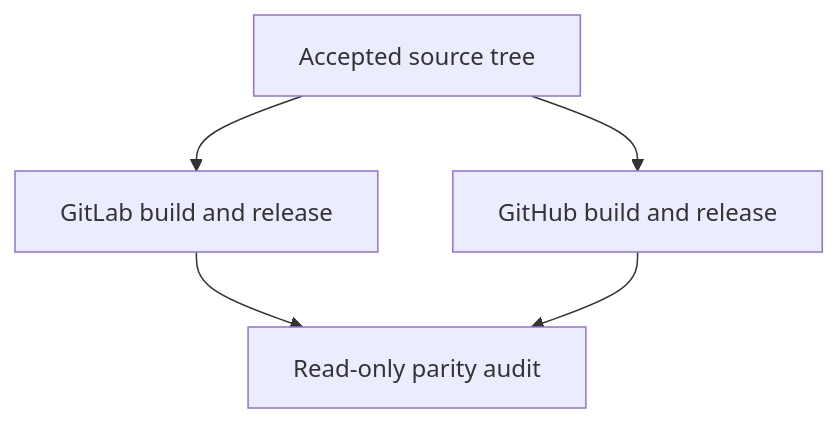
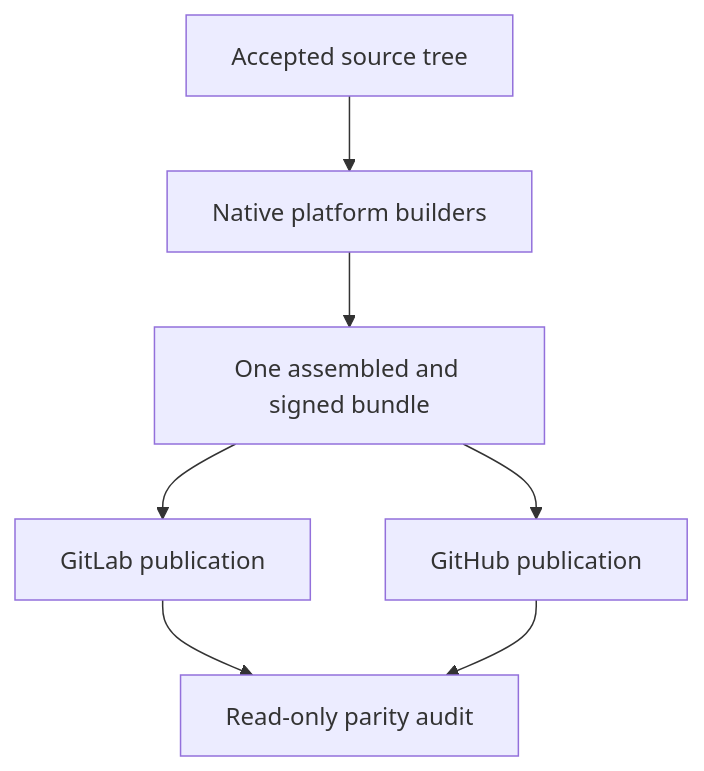
The second of 2 diagrams in CONTRIBUTING.md (HengYangDS/codex-responses-proxy), drawn with Mermaid before and after one commit. The commit also changed other lines of this file and 276 other files, not shown here.

````diff
--- a/CONTRIBUTING.md
+++ b/CONTRIBUTING.md
@@ -168,7 +168,9 @@
 ```mermaid
 flowchart TD
-    S["Accepted source tree"] --> G["GitLab build and release"]
-    S --> H["GitHub build and release"]
+    S["Accepted source tree"] --> B["Native platform builders"]
+    B --> R["One assembled and signed bundle"]
+    R --> G["GitLab publication"]
+    R --> H["GitHub publication"]
     G --> A["Read-only parity audit"]
     H --> A
 ```
````
